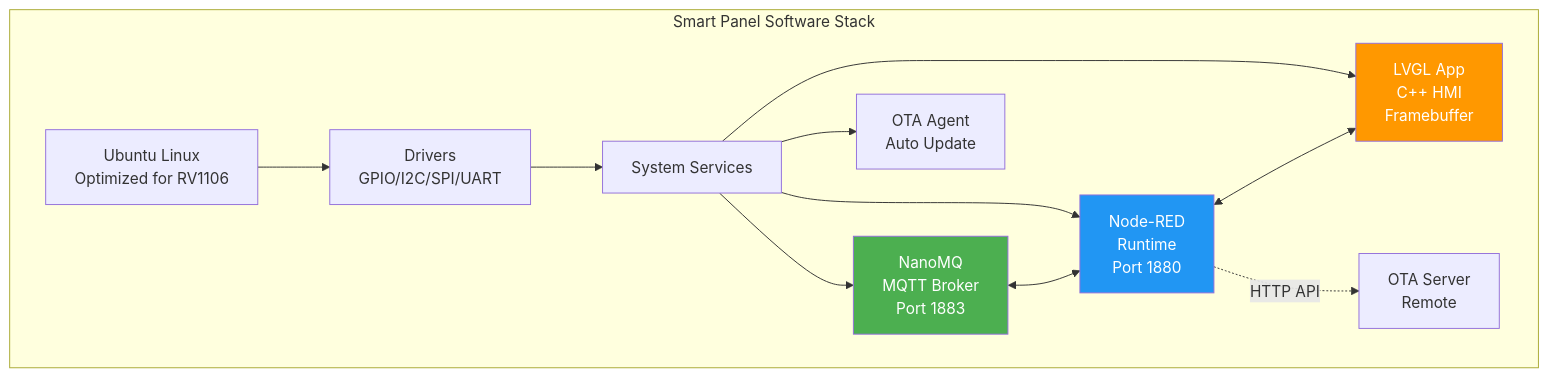
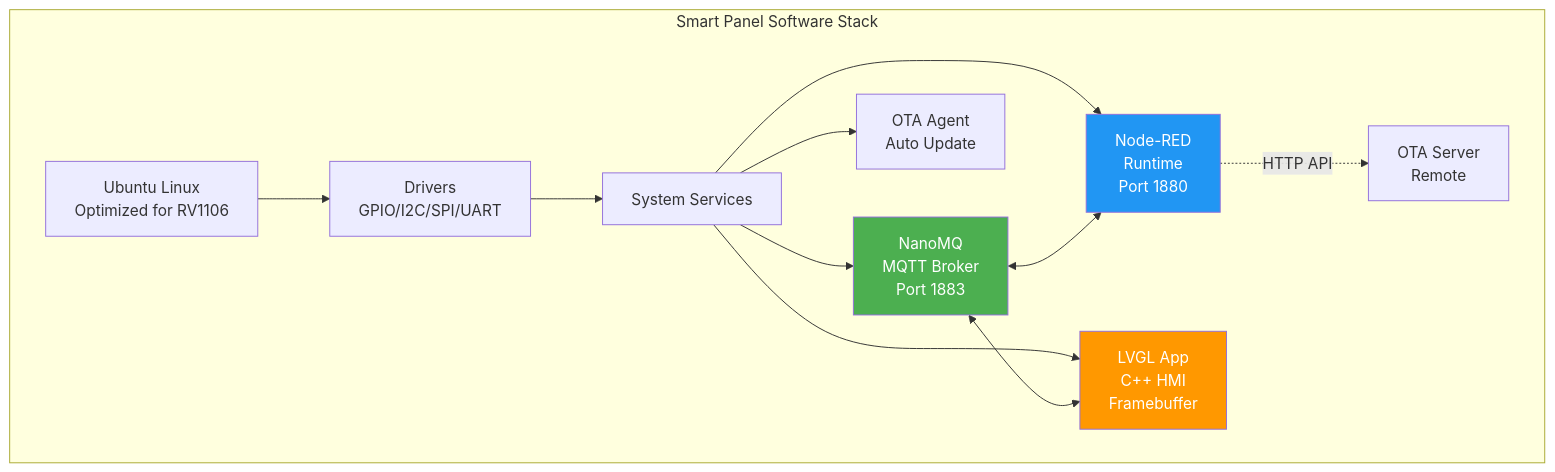
Before and after one commit to huongvn/HLCFEOS: the second of 8 diagrams in slides/02-techstack.md, drawn with Mermaid. The commit also changed other lines of this file, not shown here.

````diff
--- a/slides/02-techstack.md
+++ b/slides/02-techstack.md
@@ -59,20 +59,20 @@
 ```mermaid
 graph TB
     subgraph "Smart Panel Software Stack"
         A[Ubuntu Linux<br/>Optimized for RV1106] --> B[Drivers<br/>GPIO/I2C/SPI/UART]
         B --> C[System Services]
         
         C --> D[NanoMQ<br/>MQTT Broker<br/>Port 1883]
         C --> E[Node-RED<br/>Runtime<br/>Port 1880]
         C --> F[LVGL App<br/>C++ HMI<br/>Framebuffer]
         C --> G[OTA Agent<br/>Auto Update]
         
         D <--> E
-        E <--> F
+        D <--> F
         E -.->|HTTP API| H[OTA Server<br/>Remote]
     end
     
     style D fill:#4CAF50,color:#fff
     style E fill:#2196F3,color:#fff
     style F fill:#FF9800,color:#fff
 ```
````
